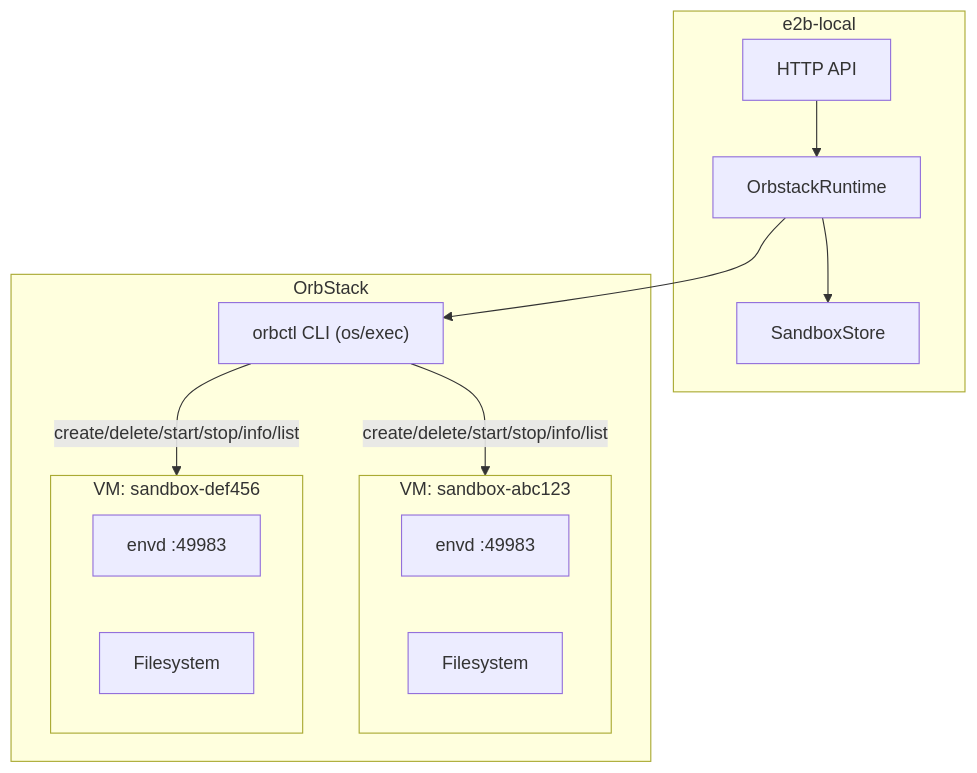
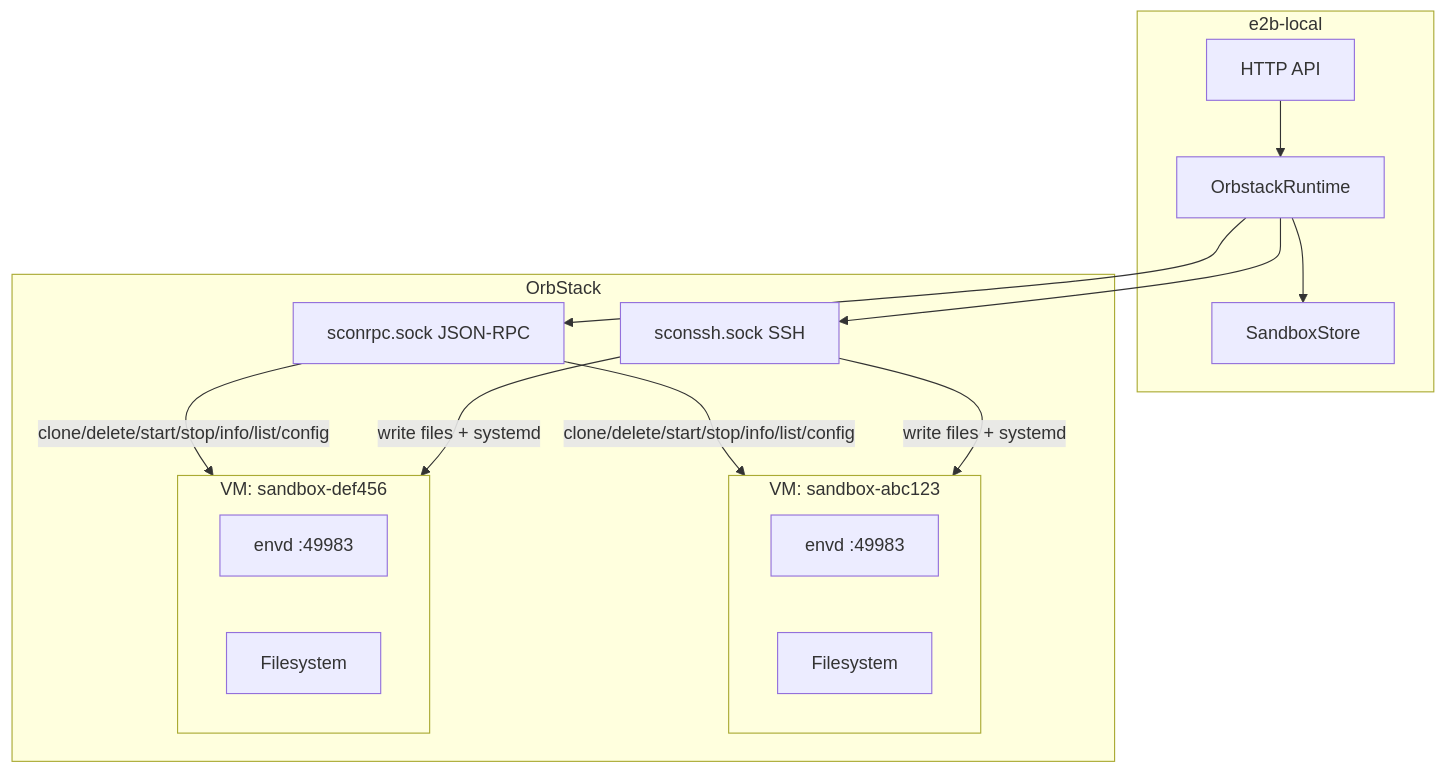
One commit to superduck-ai/e2b-local changed the diagram in docs/orbstack-vm-backend-plan.md. Above: the diagram before and after it, drawn with Mermaid. The commit also changed other lines of this file and 24 other files, not shown here.

````diff
--- a/docs/orbstack-vm-backend-plan.md
+++ b/docs/orbstack-vm-backend-plan.md
@@ -7,26 +7,30 @@
 ```mermaid
 flowchart TB
     subgraph gateway [e2b-local]
         API[HTTP API]
         RT[OrbstackRuntime]
         Store[SandboxStore]
     end
 
     subgraph orbstack [OrbStack]
-        CLI["orbctl CLI (os/exec)"]
+        RPC["sconrpc.sock JSON-RPC"]
+        SSH["sconssh.sock SSH"]
         subgraph vm1 [VM: sandbox-abc123]
             ENVD1[envd :49983]
             FS1[Filesystem]
         end
         subgraph vm2 [VM: sandbox-def456]
             ENVD2[envd :49983]
             FS2[Filesystem]
         end
     end
 
     API --> RT
-    RT --> CLI
+    RT --> RPC
+    RT --> SSH
     RT --> Store
-    CLI -->|"create/delete/start/stop/info/list"| vm1
-    CLI -->|"create/delete/start/stop/info/list"| vm2
+    RPC -->|"clone/delete/start/stop/info/list/config"| vm1
+    RPC -->|"clone/delete/start/stop/info/list/config"| vm2
+    SSH -->|"write files + systemd"| vm1
+    SSH -->|"write files + systemd"| vm2
 ```
````
